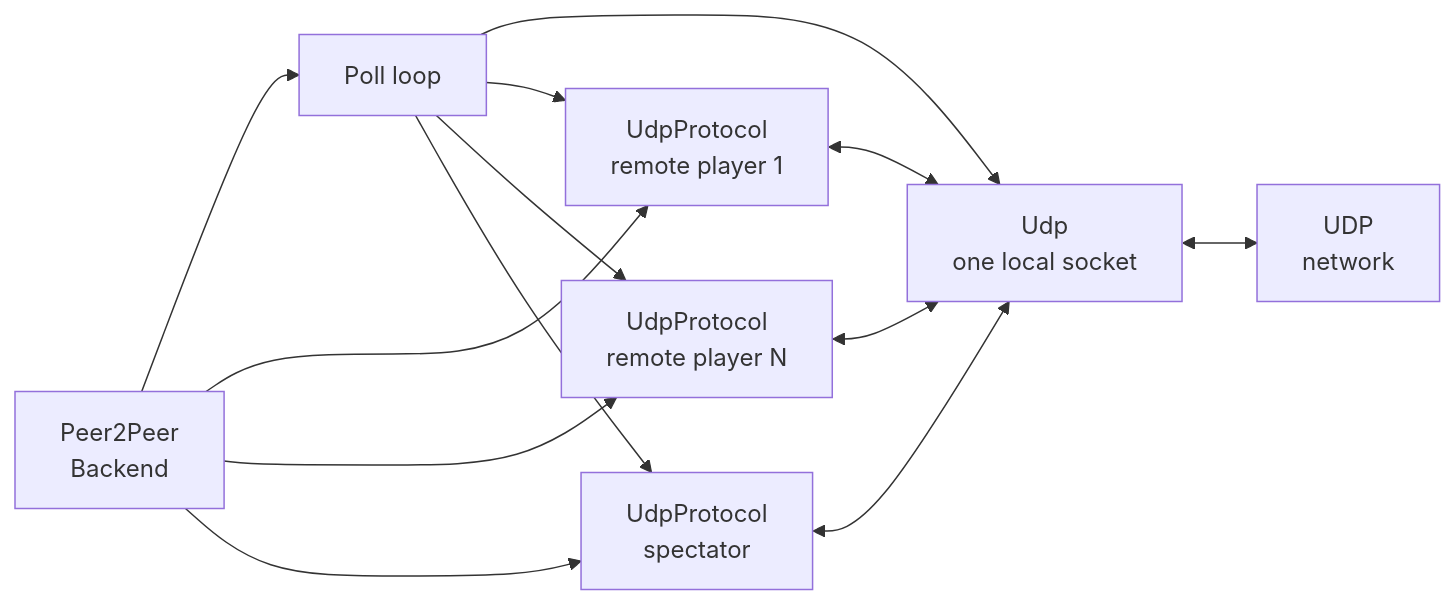
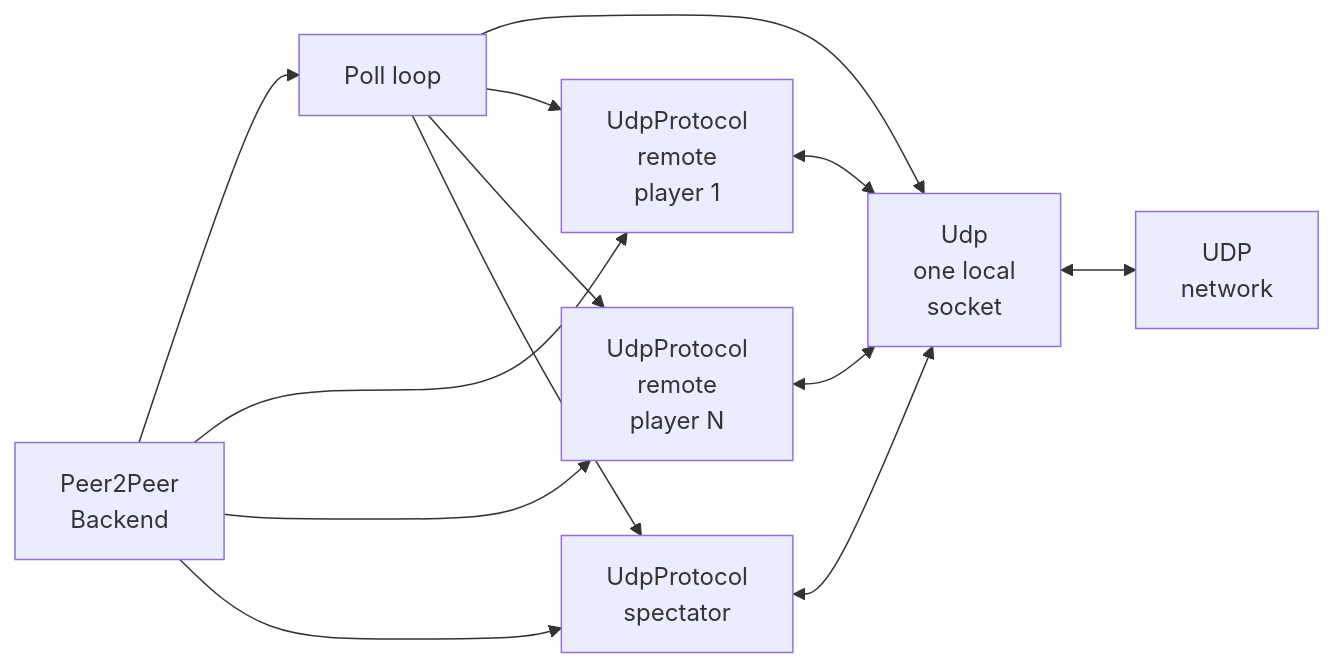
The first of 3 diagrams in doc/architecture/Networking.md (irregularthanis/ggpo-next), drawn with Mermaid before and after one commit. The commit also changed other lines of this file and 8 other files, not shown here.

Commit message:
docs: tighten all architecture diagram wrapping

````diff
--- a/doc/architecture/Networking.md
+++ b/doc/architecture/Networking.md
@@ -20,23 +20,23 @@
 ```mermaid
 flowchart LR
     Backend["Peer2Peer<br/>Backend"]
     Poll["Poll loop"]
-    UDP["Udp<br/>one local socket"]
-    P1["UdpProtocol<br/>remote player 1"]
-    P2["UdpProtocol<br/>remote player N"]
+    UDP["Udp<br/>one local<br/>socket"]
+    P1["UdpProtocol<br/>remote<br/>player 1"]
+    P2["UdpProtocol<br/>remote<br/>player N"]
     S["UdpProtocol<br/>spectator"]
     Network["UDP<br/>network"]
 
     Backend --> Poll
     Backend --> P1
     Backend --> P2
     Backend --> S
     Poll --> UDP
     Poll --> P1
     Poll --> P2
     Poll --> S
     P1 <--> UDP
     P2 <--> UDP
     S <--> UDP
     UDP <--> Network
 ```
````
